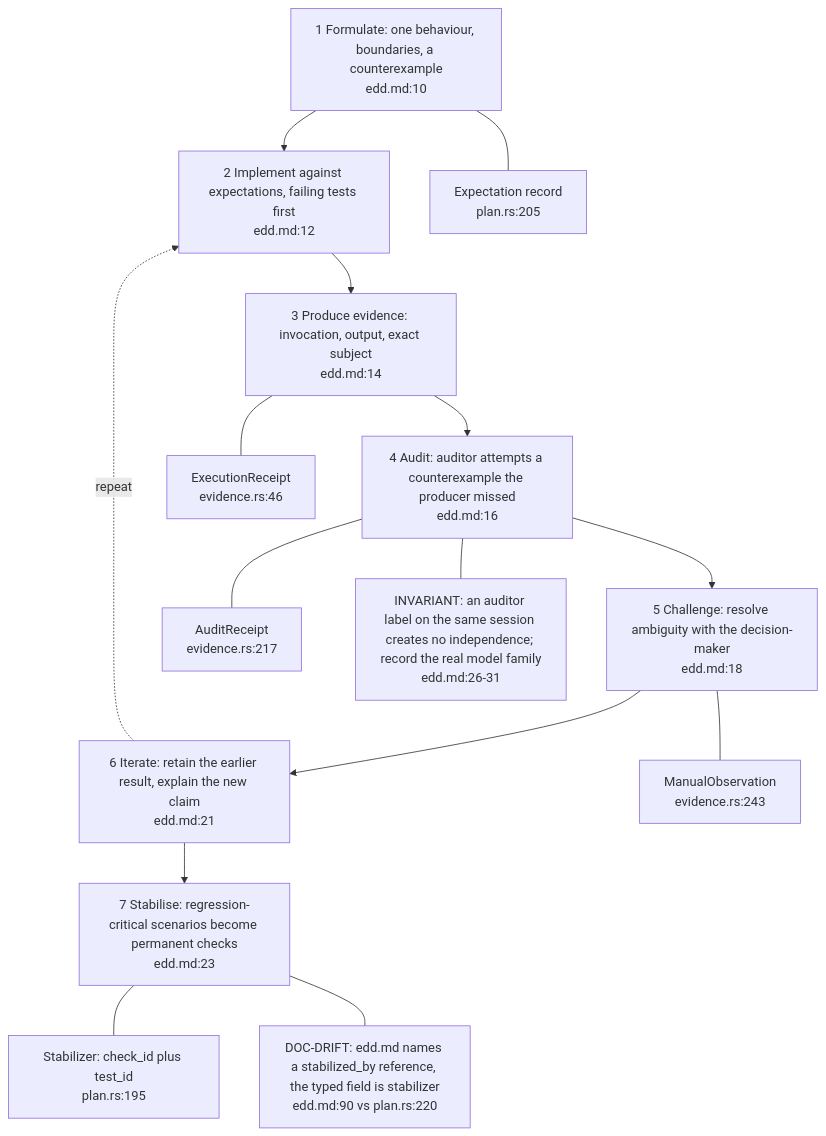
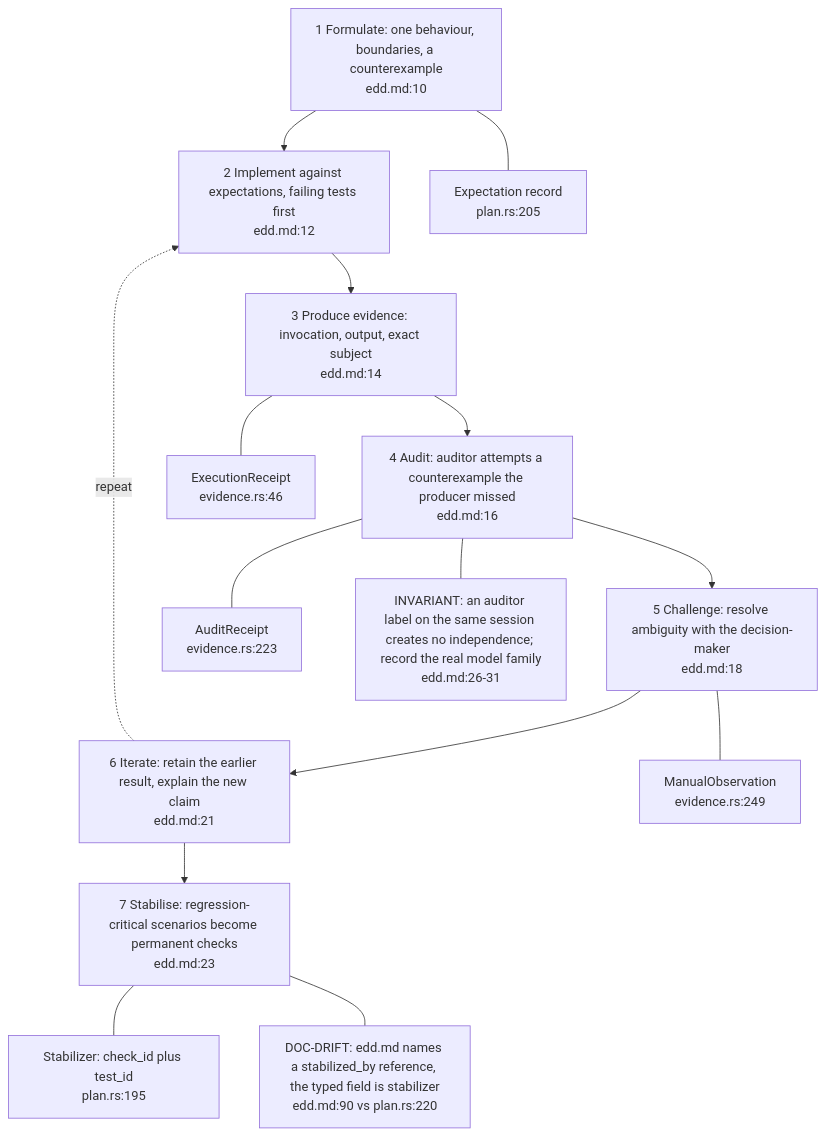
One commit to DreamLab-AI/VisionFlow changed the first of 6 diagrams in docs/diagrams/visioncraft/02-method-lifecycle-expectation-to-gate.md. Above: the diagram before and after it, drawn with Mermaid. The commit also changed other lines of this file and 5 other files, not shown here.

First line of the commit message:
diagrams(small-b): re-verify KG-06, VK-02/03/05, VG-01/04 at pinned heads

````diff
--- a/docs/diagrams/visioncraft/02-method-lifecycle-expectation-to-gate.md
+++ b/docs/diagrams/visioncraft/02-method-lifecycle-expectation-to-gate.md
@@ -26,26 +26,26 @@
 ```mermaid
 flowchart TB
     S1["1 Formulate: one behaviour, boundaries, a counterexample<br/>edd.md:10"]
     S2["2 Implement against expectations, failing tests first<br/>edd.md:12"]
     S3["3 Produce evidence: invocation, output, exact subject<br/>edd.md:14"]
     S4["4 Audit: auditor attempts a counterexample the producer missed<br/>edd.md:16"]
     S5["5 Challenge: resolve ambiguity with the decision-maker<br/>edd.md:18"]
     S6["6 Iterate: retain the earlier result, explain the new claim<br/>edd.md:21"]
     S7["7 Stabilise: regression-critical scenarios become permanent checks<br/>edd.md:23"]
     T1["Expectation record<br/>plan.rs:205"]
     T3["ExecutionReceipt<br/>evidence.rs:46"]
-    T4["AuditReceipt<br/>evidence.rs:217"]
-    T4b["ManualObservation<br/>evidence.rs:243"]
+    T4["AuditReceipt<br/>evidence.rs:223"]
+    T4b["ManualObservation<br/>evidence.rs:249"]
     T7["Stabilizer: check_id plus test_id<br/>plan.rs:195"]
     S1 --> S2 --> S3 --> S4 --> S5 --> S6 --> S7
     S6 -. "repeat" .-> S2
     S1 --- T1
     S3 --- T3
     S4 --- T4
     S5 --- T4b
     S7 --- T7
     N1["INVARIANT: an auditor label on the same session creates no independence; record the real model family<br/>edd.md:26-31"]
     N2["DOC-DRIFT: edd.md names a stabilized_by reference, the typed field is stabilizer<br/>edd.md:90 vs plan.rs:220"]
     S4 --- N1
     S7 --- N2
 ```
````
